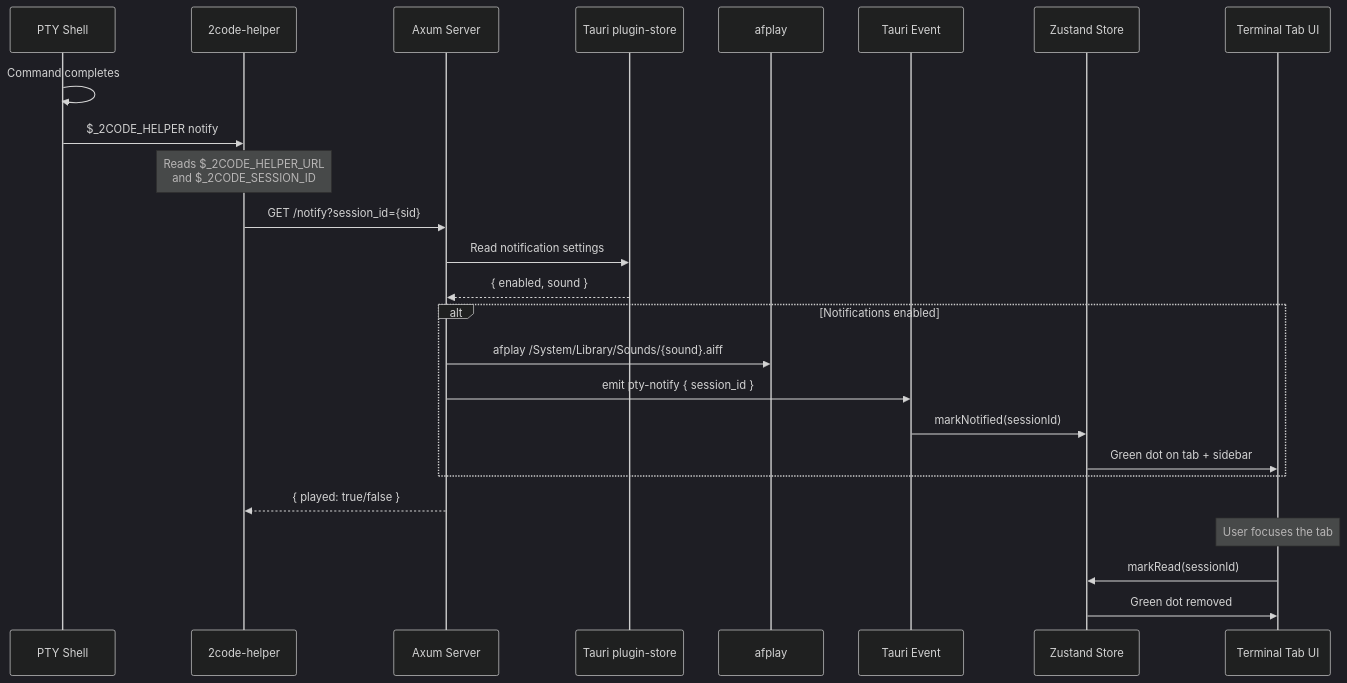
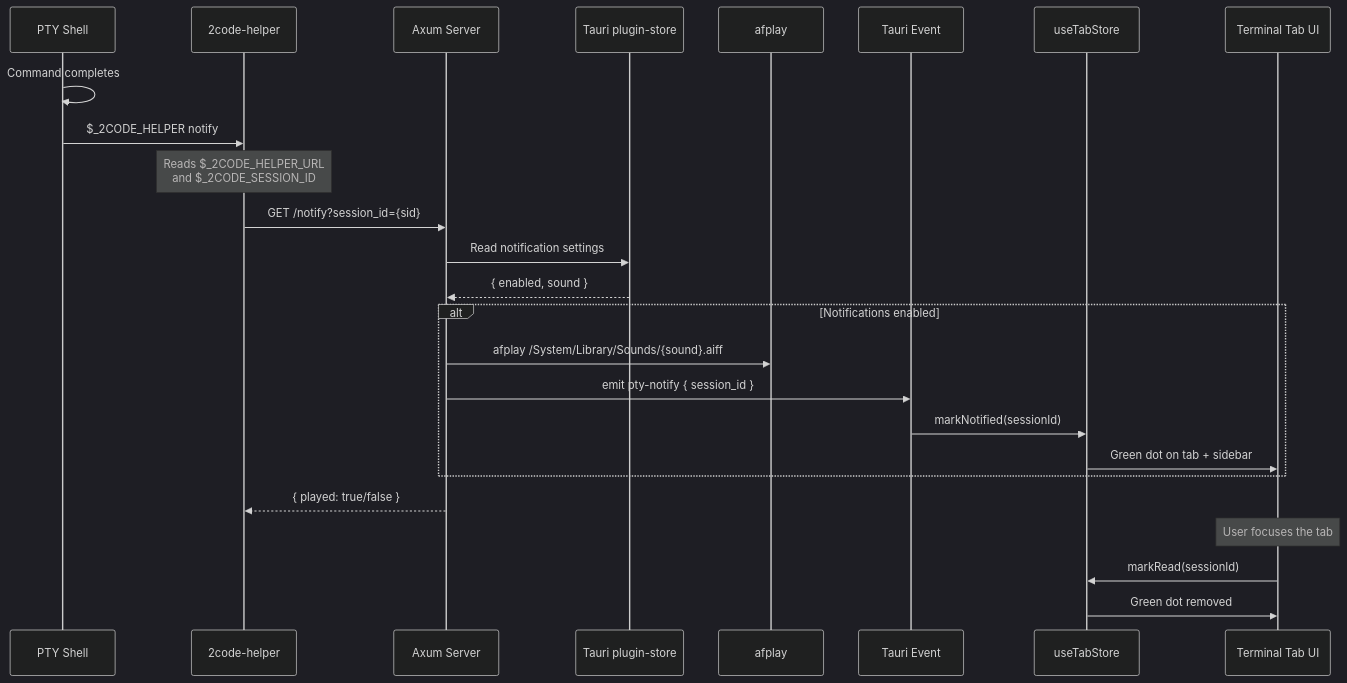
The fifth of 5 diagrams in docs/data-flow.md (AkaraChen/2code), drawn with Mermaid (dark theme) before and after one commit. The commit also changed other lines of this file and 8 other files, not shown here.

First line of the commit message:
docs: update architecture docs for agent system and unified tab abstraction

````diff
--- a/docs/data-flow.md
+++ b/docs/data-flow.md
@@ -124,32 +179,32 @@
 ```mermaid
 sequenceDiagram
     participant Shell as PTY Shell
     participant Helper as 2code-helper
     participant Axum as Axum Server
     participant Store as Tauri plugin-store
     participant Sound as afplay
     participant Event as Tauri Event
-    participant ZStore as Zustand Store
+    participant ZStore as useTabStore
     participant UI as Terminal Tab UI
 
     Shell->>Shell: Command completes
     Shell->>Helper: $_2CODE_HELPER notify
     Note over Helper: Reads $_2CODE_HELPER_URL<br/>and $_2CODE_SESSION_ID
 
     Helper->>Axum: GET /notify?session_id={sid}
     Axum->>Store: Read notification settings
     Store-->>Axum: { enabled, sound }
 
     alt Notifications enabled
         Axum->>Sound: afplay /System/Library/Sounds/{sound}.aiff
         Axum->>Event: emit pty-notify { session_id }
         Event->>ZStore: markNotified(sessionId)
         ZStore->>UI: Green dot on tab + sidebar
     end
 
     Axum-->>Helper: { played: true/false }
 
     Note over UI: User focuses the tab
     UI->>ZStore: markRead(sessionId)
     ZStore->>UI: Green dot removed
 ```
````
